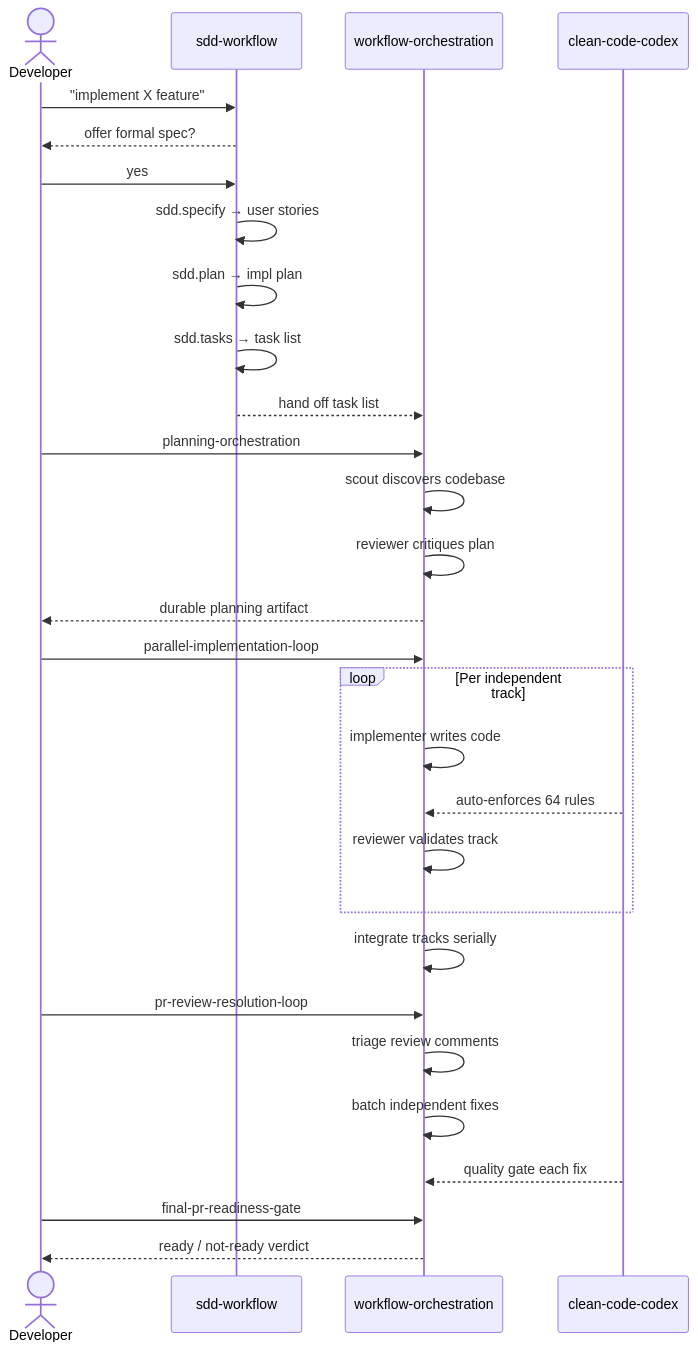
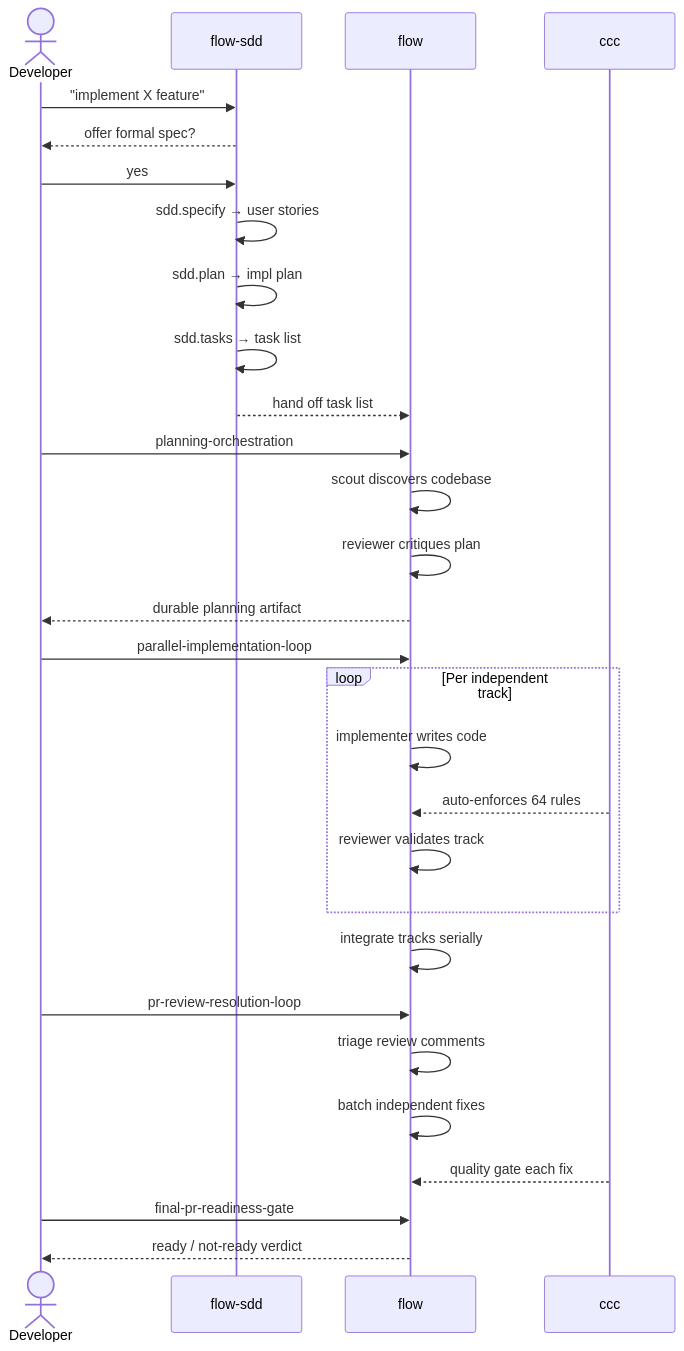
The eighth of 8 diagrams in docs/competitor-comparison.md (mikecubed/agent-orchestration), drawn with Mermaid before and after one commit. The commit also changed other lines of this file and 222 other files, not shown here.

````diff
--- a/docs/competitor-comparison.md
+++ b/docs/competitor-comparison.md
@@ -198,36 +198,36 @@
 ```mermaid
 sequenceDiagram
     actor Dev as Developer
-    participant SDD as sdd-workflow
-    participant WO as workflow-orchestration
-    participant CC as clean-code-codex
+    participant SDD as flow-sdd
+    participant WO as flow
+    participant CC as ccc
 
     Dev->>SDD: "implement X feature"
     SDD-->>Dev: offer formal spec?
     Dev->>SDD: yes
     SDD->>SDD: sdd.specify → user stories
     SDD->>SDD: sdd.plan → impl plan
     SDD->>SDD: sdd.tasks → task list
     SDD-->>WO: hand off task list
 
     Dev->>WO: planning-orchestration
     WO->>WO: scout discovers codebase
     WO->>WO: reviewer critiques plan
     WO-->>Dev: durable planning artifact
 
     Dev->>WO: parallel-implementation-loop
     loop Per independent track
         WO->>WO: implementer writes code
         CC-->>WO: auto-enforces 64 rules
         WO->>WO: reviewer validates track
     end
     WO->>WO: integrate tracks serially
 
     Dev->>WO: pr-review-resolution-loop
     WO->>WO: triage review comments
     WO->>WO: batch independent fixes
     CC-->>WO: quality gate each fix
 
     Dev->>WO: final-pr-readiness-gate
     WO-->>Dev: ready / not-ready verdict
 ```
````
